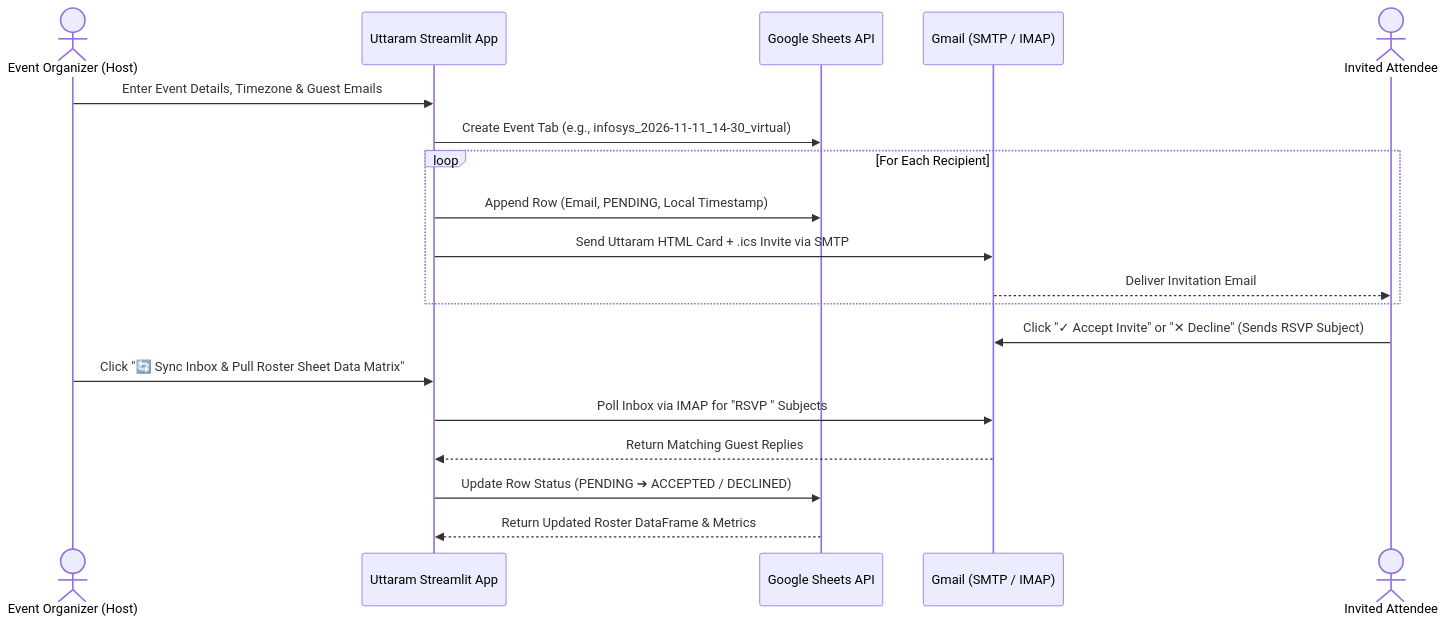
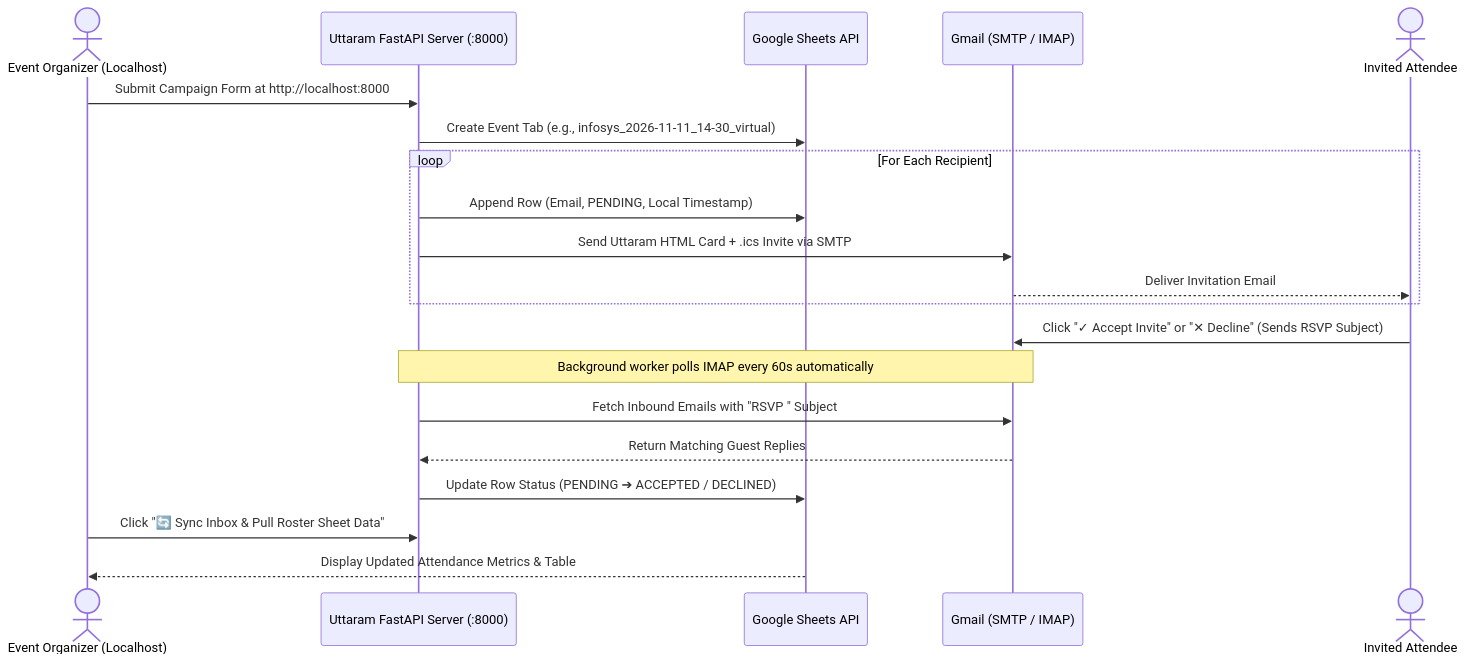
The second of 2 diagrams in README.md (SRINIVASTA/event-manager), drawn with Mermaid before and after one commit. The commit also changed other lines of this file, not shown here.

````diff
--- a/README.md
+++ b/README.md
@@ -57,23 +59,24 @@
 ```mermaid
 sequenceDiagram
-    actor Organizer as Event Organizer (Host)
-    participant App as Uttaram Streamlit App
+    actor Organizer as Event Organizer (Localhost)
+    participant Server as Uttaram FastAPI Server (:8000)
     participant Sheets as Google Sheets API
     participant Gmail as Gmail (SMTP / IMAP)
     actor Guest as Invited Attendee
 
-    Organizer->>App: Enter Event Details, Timezone & Guest Emails
-    App->>Sheets: Create Event Tab (e.g., infosys_2026-11-11_14-30_virtual)
+    Organizer->>Server: Submit Campaign Form at http://localhost:8000
+    Server->>Sheets: Create Event Tab (e.g., infosys_2026-11-11_14-30_virtual)
     loop For Each Recipient
-        App->>Sheets: Append Row (Email, PENDING, Local Timestamp)
-        App->>Gmail: Send Uttaram HTML Card + .ics Invite via SMTP
+        Server->>Sheets: Append Row (Email, PENDING, Local Timestamp)
+        Server->>Gmail: Send Uttaram HTML Card + .ics Invite via SMTP
         Gmail-->>Guest: Deliver Invitation Email
     end
 
     Guest->>Gmail: Click "✓ Accept Invite" or "✕ Decline" (Sends RSVP Subject)
-    Organizer->>App: Click "🔄 Sync Inbox & Pull Roster Sheet Data Matrix"
-    App->>Gmail: Poll Inbox via IMAP for "RSVP " Subjects
-    Gmail-->>App: Return Matching Guest Replies
-    App->>Sheets: Update Row Status (PENDING ➔ ACCEPTED / DECLINED)
-    Sheets-->>App: Return Updated Roster DataFrame & Metrics
+    Note over Server,Gmail: Background worker polls IMAP every 60s automatically
+    Server->>Gmail: Fetch Inbound Emails with "RSVP " Subject
+    Gmail-->>Server: Return Matching Guest Replies
+    Server->>Sheets: Update Row Status (PENDING ➔ ACCEPTED / DECLINED)
+    Organizer->>Server: Click "🔄 Sync Inbox & Pull Roster Sheet Data"
+    Sheets-->>Organizer: Display Updated Attendance Metrics & Table
 ```
````
